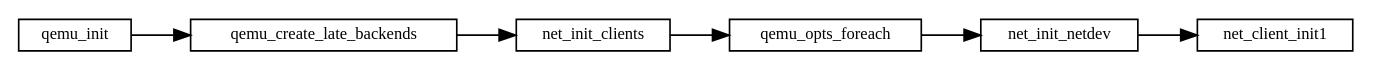
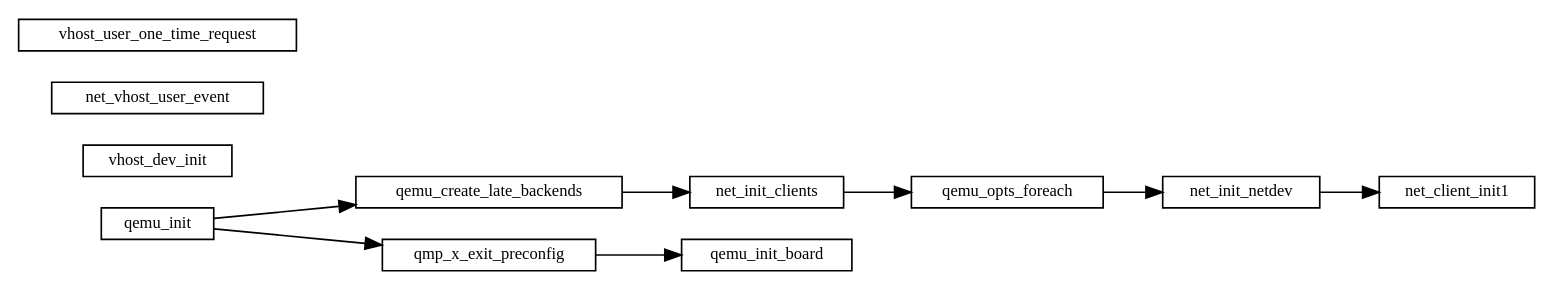
The diagram in qemu/qemu初始化.md (sisyphus1212/note), drawn with Graphviz before and after one commit.

Commit message:
auto_update

````diff
--- a/qemu/qemu初始化.md
+++ b/qemu/qemu初始化.md
@@ -11,13 +11,21 @@
 ```graphviz
 digraph {
     fontname="Helvetica,Arial,sans-serif"
     //node [fontname="Helvetica,Arial,sans-serif"]
     //edge [fontname="Helvetica,Arial,sans-serif"]
     rankdir="LR"
     node [fontsize=10, shape=record, height=0.25]
     edge [fontsize=10]
 
     qemu_init -> qemu_create_late_backends -> net_init_clients -> qemu_opts_foreach -> net_init_netdev -> net_client_init1
     // -> net_client_init_fun[netdev->type](netdev, netdev->id, peer, errp) -> net_init_vhost_user -> net_vhost_user_init -> qemu_chr_fe_wait_connected -> vhost_dev_init
+
+    qemu_init -> qmp_x_exit_preconfig -> qemu_init_board // 初始化cpu 内存
+
+    vhost_dev_init
+
+    net_vhost_user_event
+
+    vhost_user_one_time_request
 }
 ```
````
